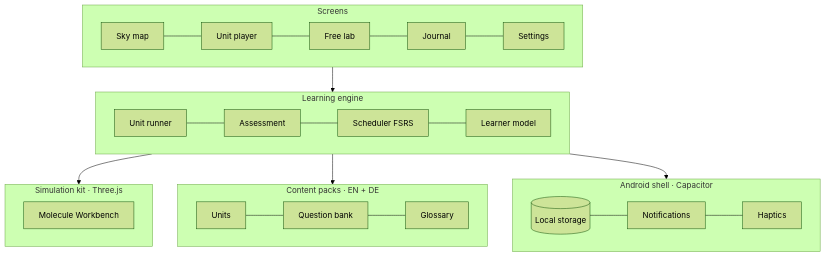
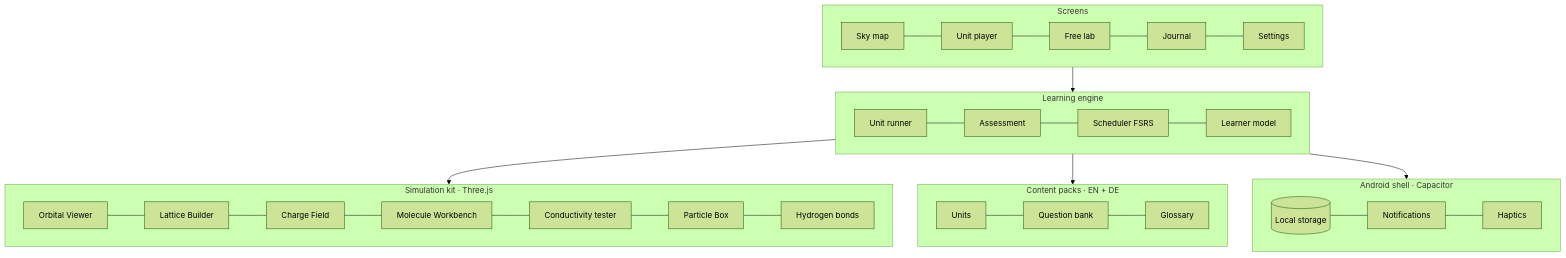
One commit to DrAndiB/Orbitarium changed the first of 2 diagrams in README.md. Above: the diagram before and after it, drawn with Mermaid (forest theme). The commit also changed other lines of this file and 20 other files, not shown here.

````diff
--- a/README.md
+++ b/README.md
@@ -11,21 +14,21 @@
 ```mermaid
 flowchart TB
   subgraph Screens
     Sky[Sky map] --- Player[Unit player] --- Lab[Free lab] --- Journal --- Settings
   end
   subgraph Engine[Learning engine]
     Runner[Unit runner] --- Assess[Assessment] --- Sched[Scheduler FSRS] --- Model[Learner model]
   end
   subgraph Sims[Simulation kit · Three.js]
-    WB[Molecule Workbench]
+    OV[Orbital Viewer] --- LB[Lattice Builder] --- CF[Charge Field] --- WB[Molecule Workbench] --- CT[Conductivity tester] --- PB[Particle Box] --- HB[Hydrogen bonds]
   end
   subgraph Content[Content packs · EN + DE]
     Units[Units] --- Bank[Question bank] --- Gloss[Glossary]
   end
   subgraph Shell[Android shell · Capacitor]
     Store[(Local storage)] --- Notif[Notifications] --- Haptics
   end
   Screens --> Engine --> Sims
   Engine --> Content
   Engine --> Shell
 ```
````
